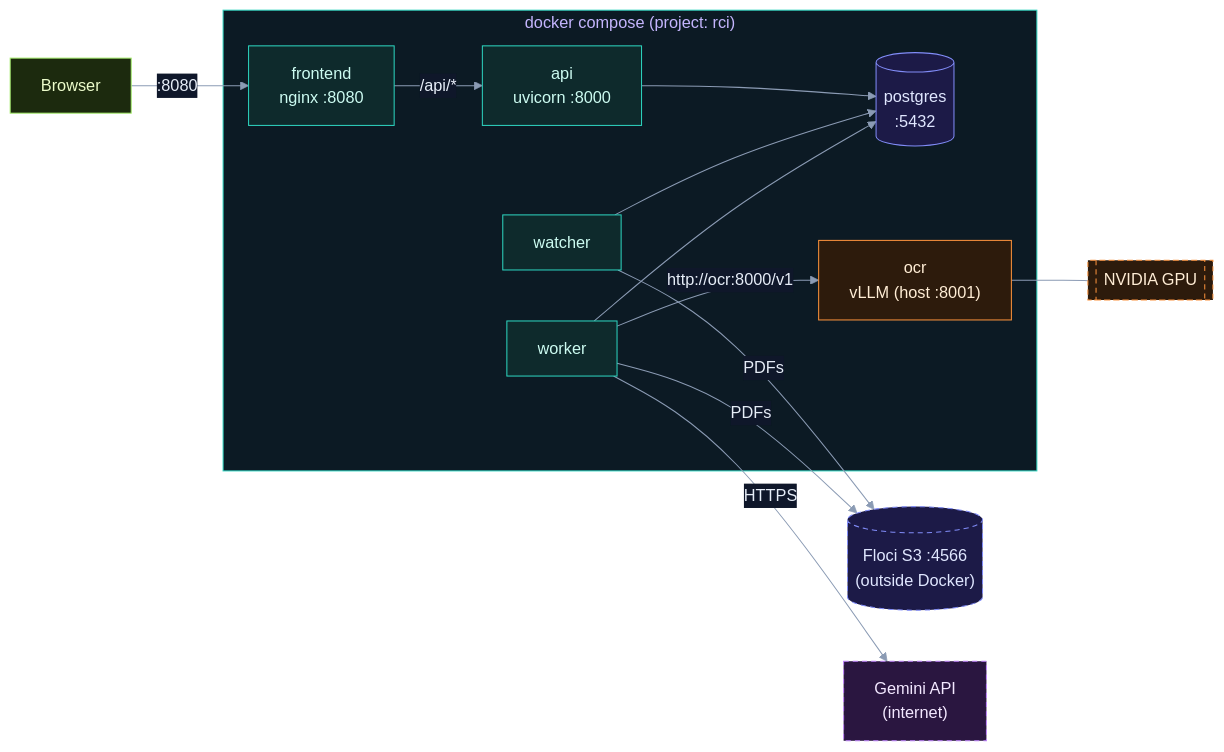
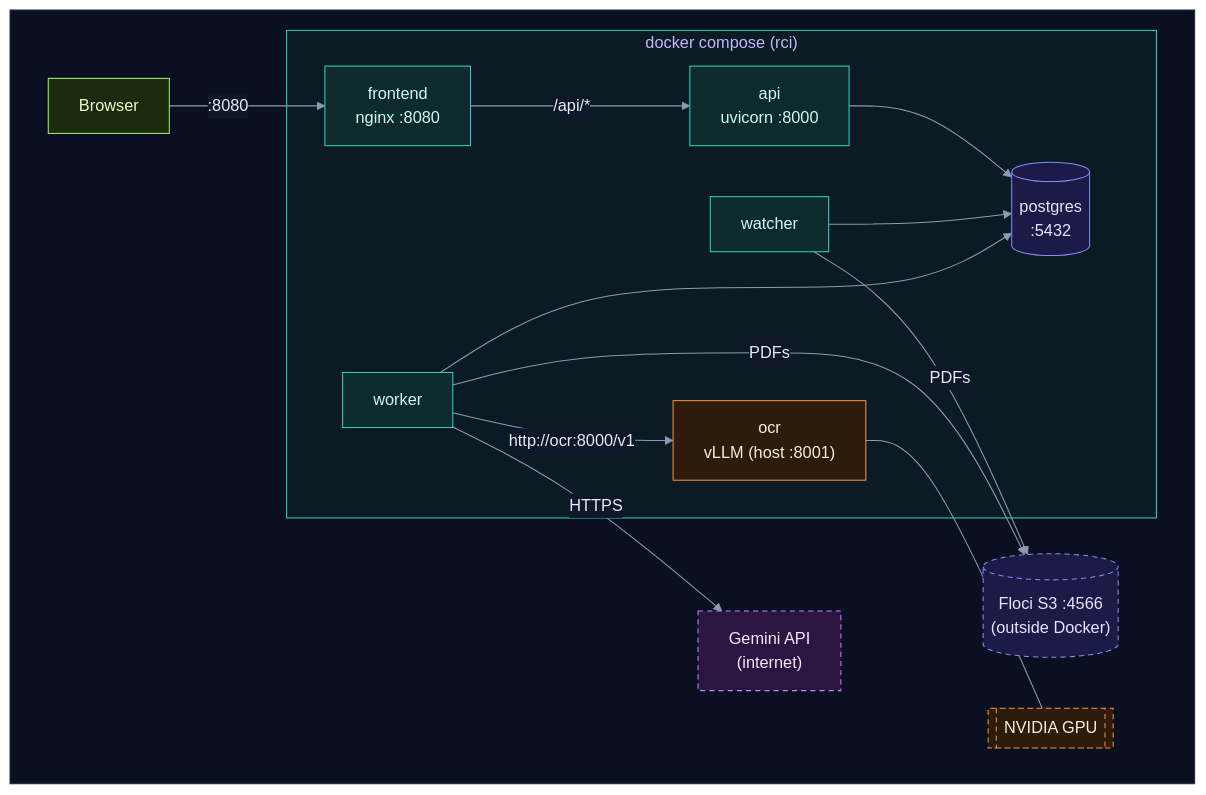
One commit to selvakumarperumal/Regulatory_Circular_Impact_Agent changed the second of 21 diagrams in how_it_works.md. Above: the diagram before and after it, drawn with Mermaid. The commit also changed other lines of this file and 1 other file, not shown here.

Commit message:
Revise project documentation

````diff
--- a/how_it_works.md
+++ b/how_it_works.md
@@ -117,37 +121,38 @@
 ```mermaid
-%%{init: {"theme": "base", "themeVariables": {"darkMode": true, "primaryColor": "#16213a", "primaryTextColor": "#e6edf7", "primaryBorderColor": "#475a7a", "lineColor": "#8b9bb4", "secondaryColor": "#1b2436", "tertiaryColor": "#101a2e", "edgeLabelBackground": "#0f172a", "textColor": "#e2e8f0", "clusterBkg": "#0f1728", "clusterBorder": "#2b3a55", "titleColor": "#c4b5fd", "nodeTextColor": "#e6edf7"}}}%%
+%%{init: {"theme": "base", "flowchart": {"diagramPadding": 0}, "themeVariables": {"darkMode": true, "primaryColor": "#16213a", "primaryTextColor": "#e6edf7", "primaryBorderColor": "#475a7a", "lineColor": "#8b9bb4", "secondaryColor": "#1b2436", "tertiaryColor": "#101a2e", "edgeLabelBackground": "#0f172a", "textColor": "#e2e8f0", "clusterBkg": "#0f1728", "clusterBorder": "#2b3a55", "titleColor": "#c4b5fd", "nodeTextColor": "#e6edf7"}}}%%
 flowchart LR
-    B["Browser"] -->|":8080"| FE
-
-    subgraph compose["docker compose (project: rci)"]
-        FE["frontend<br/>nginx :8080"] -->|"/api/*"| API["api<br/>uvicorn :8000"]
-        API --> PG[("postgres<br/>:5432")]
-        WA["watcher"] --> PG
-        WK["worker"] --> PG
-        WK -->|"http://ocr:8000/v1"| OC["ocr<br/>vLLM (host :8001)"]
+    subgraph canvas[" "]
+        direction LR
+        B["Browser"] -->|":8080"| FE
+        subgraph compose["docker compose (rci)"]
+            FE["frontend<br/>nginx :8080"] -->|"/api/*"| API["api<br/>uvicorn :8000"]
+            API --> PG[("postgres<br/>:5432")]
+            WA["watcher"] --> PG
+            WK["worker"] --> PG
+            WK -->|"http://ocr:8000/v1"| OC["ocr<br/>vLLM (host :8001)"]
+        end
+        WA -->|PDFs| FL[("Floci S3 :4566<br/>(outside Docker)")]
+        WK -->|PDFs| FL
+        WK -->|HTTPS| GEM["Gemini API<br/>(internet)"]
+        OC --- GPU[["NVIDIA GPU"]]
     end
-
-    WA -->|PDFs| FL[("Floci S3 :4566<br/>(outside Docker)")]
-    WK -->|PDFs| FL
-    WK -->|HTTPS| GEM["Gemini API<br/>(internet)"]
-    OC --- GPU[["NVIDIA GPU"]]
-
 
     classDef svc fill:#0e2a2c,stroke:#2dd4bf,color:#ccfbf1
     classDef data fill:#1c1a47,stroke:#818cf8,color:#e0e7ff
     classDef ext fill:#2a1640,stroke:#c084fc,color:#f3e8ff
     classDef gpu fill:#2d1b0c,stroke:#fb923c,color:#ffedd5
     classDef ask fill:#2a2410,stroke:#fbbf24,color:#fef3c7
     classDef ok fill:#0b2a1c,stroke:#34d399,color:#d1fae5
     classDef bad fill:#2e0f17,stroke:#fb7185,color:#ffe4e6
     classDef start fill:#1c2a0e,stroke:#a7ef6f,color:#ecfccb
     classDef muted fill:#1a2130,stroke:#64748b,color:#cbd5e1
     class FE,API,WA,WK svc
     class PG,FL data
     class GEM ext
     class OC,GPU gpu
     class B start
     classDef external stroke-dasharray: 5 4
     class FL,GEM,GPU external
     style compose fill:#0c1a24,stroke:#2dd4bf
+    style canvas fill:#0b1020,stroke:#1e293b,color:#0b1020
 ```
````
